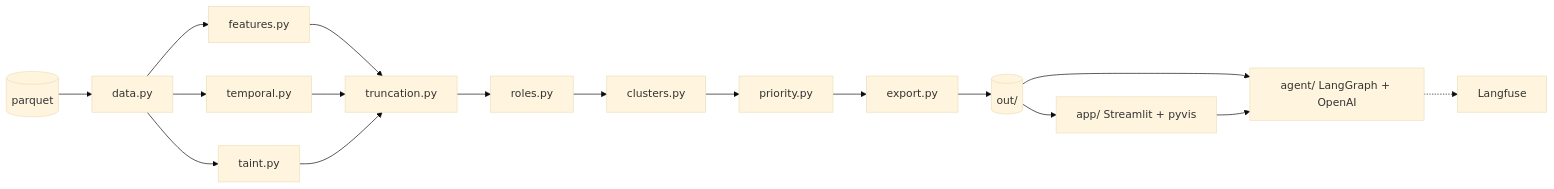
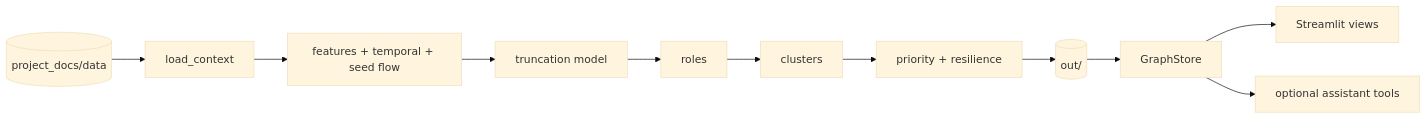
Before and after one commit to BAITC-Hacks/hack-c4dedb1a-ker1mgo: the diagram in docs/design.md, drawn with Mermaid (base theme). The commit also changed other lines of this file and 58 other files, not shown here.

````diff
--- a/docs/design.md
+++ b/docs/design.md
@@ -38,9 +10,13 @@
 ```mermaid
 flowchart LR
-  P[(parquet)] --> L[data.py] --> F[features.py] & T[temporal.py] & S[taint.py]
-  F & T & S --> TR[truncation.py] --> R[roles.py] --> C[clusters.py] --> PR[priority.py] --> X[export.py]
-  X --> O[(out/)]
-  O --> UI[app/ Streamlit + pyvis]
-  O --> AG[agent/ LangGraph + OpenAI] -.-> LF[Langfuse]
-  UI --> AG
+  D[(project_docs/data)] --> L[load_context]
+  L --> F[features + temporal + seed flow]
+  F --> T[truncation model]
+  T --> R[roles]
+  R --> C[clusters]
+  C --> P[priority + resilience]
+  P --> O[(out/)]
+  O --> S[GraphStore]
+  S --> V[Streamlit views]
+  S --> A[optional assistant tools]
 ```
````
